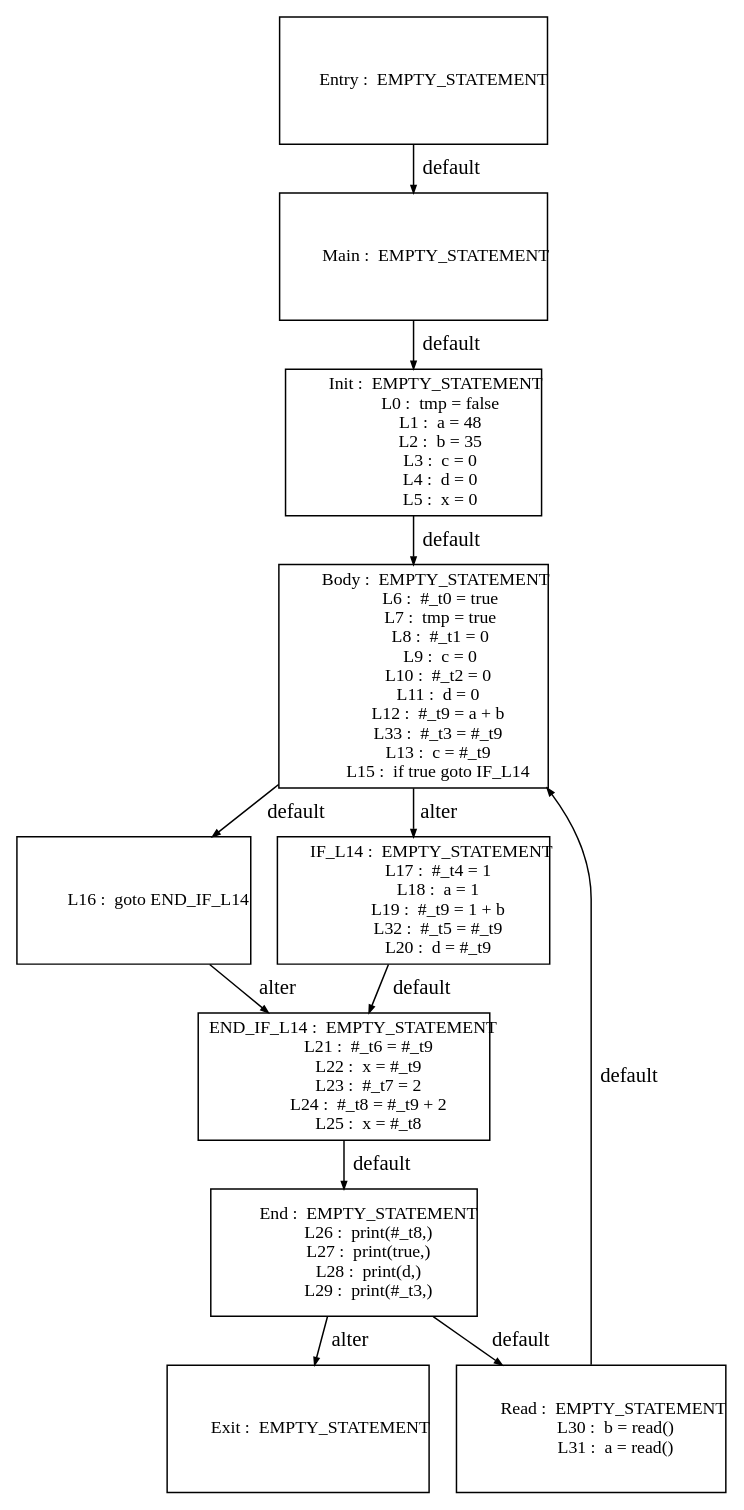
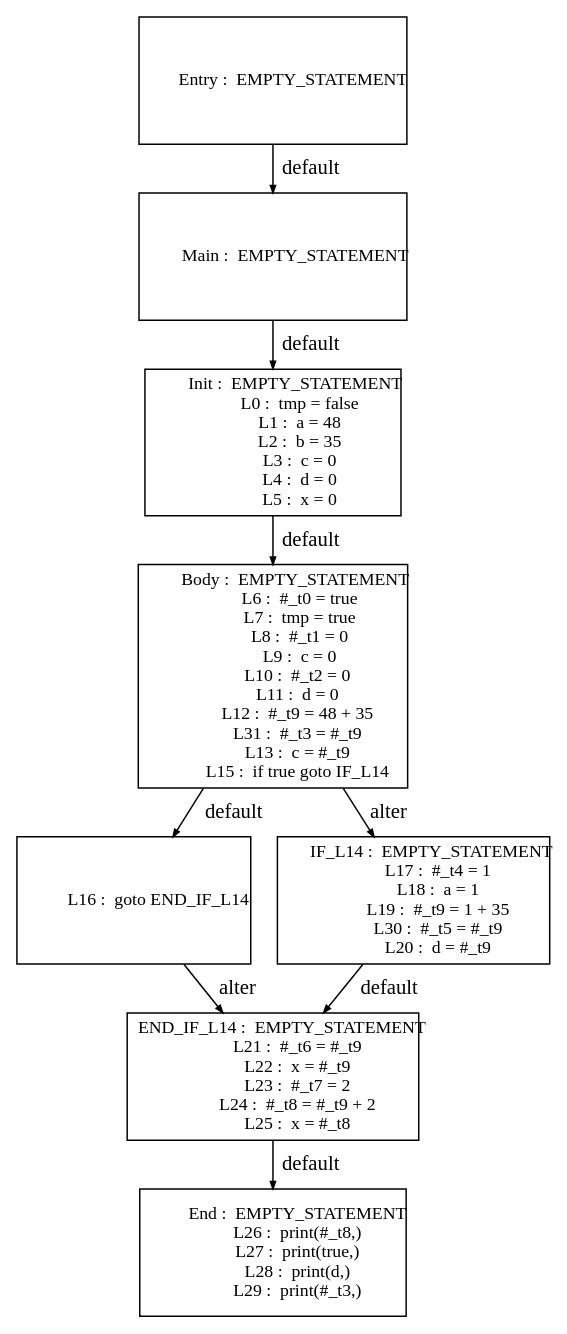
One commit to Geoffrey1014/ST_DSE changed the diagram in tests_programs/dataflow/08_test_output/Graph_CP_0.dot. Above: the diagram before and after it, drawn with Graphviz. The commit also changed 19 other files, not shown here.

```diff
--- a/tests_programs/dataflow/08_test_output/Graph_CP_0.dot
+++ b/tests_programs/dataflow/08_test_output/Graph_CP_0.dot
@@ -1,175 +1,140 @@
 digraph G {
   ranksep=.25;
   edge [arrowsize=.5]
   node [shape=rectangle, fontname="ArialNarrow",
         fontsize=12,  height=1.2];
   "           Main :  EMPTY_STATEMENT
 "; "           Init :  EMPTY_STATEMENT
              L0 :  tmp = false
              L1 :  a = 48
              L2 :  b = 35
              L3 :  c = 0
              L4 :  d = 0
              L5 :  x = 0
 "; "           Body :  EMPTY_STATEMENT
              L6 :  #_t0 = true
              L7 :  tmp = true
              L8 :  #_t1 = 0
              L9 :  c = 0
             L10 :  #_t2 = 0
             L11 :  d = 0
-            L12 :  #_t9 = a + b
-            L33 :  #_t3 = #_t9
+            L12 :  #_t9 = 48 + 35
+            L31 :  #_t3 = #_t9
             L13 :  c = #_t9
             L15 :  if true goto IF_L14
 "; "            L16 :  goto END_IF_L14
 "; "         IF_L14 :  EMPTY_STATEMENT
             L17 :  #_t4 = 1
             L18 :  a = 1
-            L19 :  #_t9 = 1 + b
-            L32 :  #_t5 = #_t9
+            L19 :  #_t9 = 1 + 35
+            L30 :  #_t5 = #_t9
             L20 :  d = #_t9
 "; "     END_IF_L14 :  EMPTY_STATEMENT
             L21 :  #_t6 = #_t9
             L22 :  x = #_t9
             L23 :  #_t7 = 2
             L24 :  #_t8 = #_t9 + 2
             L25 :  x = #_t8
 "; "          Entry :  EMPTY_STATEMENT
 "; "            End :  EMPTY_STATEMENT
             L26 :  print(#_t8,)
             L27 :  print(true,)
             L28 :  print(d,)
             L29 :  print(#_t3,)
-"; "           Exit :  EMPTY_STATEMENT
-"; "           Read :  EMPTY_STATEMENT
-            L30 :  b = read()
-            L31 :  a = read()
 "; 
   "           Main :  EMPTY_STATEMENT
 " -> "           Init :  EMPTY_STATEMENT
              L0 :  tmp = false
              L1 :  a = 48
              L2 :  b = 35
              L3 :  c = 0
              L4 :  d = 0
              L5 :  x = 0
 "  [label="default"];
   "           Init :  EMPTY_STATEMENT
              L0 :  tmp = false
              L1 :  a = 48
              L2 :  b = 35
              L3 :  c = 0
              L4 :  d = 0
              L5 :  x = 0
 " -> "           Body :  EMPTY_STATEMENT
              L6 :  #_t0 = true
              L7 :  tmp = true
              L8 :  #_t1 = 0
              L9 :  c = 0
             L10 :  #_t2 = 0
             L11 :  d = 0
-            L12 :  #_t9 = a + b
-            L33 :  #_t3 = #_t9
+            L12 :  #_t9 = 48 + 35
+            L31 :  #_t3 = #_t9
             L13 :  c = #_t9
             L15 :  if true goto IF_L14
 "  [label="default"];
   "           Body :  EMPTY_STATEMENT
              L6 :  #_t0 = true
              L7 :  tmp = true
              L8 :  #_t1 = 0
              L9 :  c = 0
             L10 :  #_t2 = 0
             L11 :  d = 0
-            L12 :  #_t9 = a + b
-            L33 :  #_t3 = #_t9
+            L12 :  #_t9 = 48 + 35
+            L31 :  #_t3 = #_t9
             L13 :  c = #_t9
             L15 :  if true goto IF_L14
 " -> "            L16 :  goto END_IF_L14
 "  [label="default"];
   "           Body :  EMPTY_STATEMENT
              L6 :  #_t0 = true
              L7 :  tmp = true
              L8 :  #_t1 = 0
              L9 :  c = 0
             L10 :  #_t2 = 0
             L11 :  d = 0
-            L12 :  #_t9 = a + b
-            L33 :  #_t3 = #_t9
+            L12 :  #_t9 = 48 + 35
+            L31 :  #_t3 = #_t9
             L13 :  c = #_t9
             L15 :  if true goto IF_L14
 " -> "         IF_L14 :  EMPTY_STATEMENT
             L17 :  #_t4 = 1
             L18 :  a = 1
-            L19 :  #_t9 = 1 + b
-            L32 :  #_t5 = #_t9
+            L19 :  #_t9 = 1 + 35
+            L30 :  #_t5 = #_t9
             L20 :  d = #_t9
 "  [label="alter"];
   "            L16 :  goto END_IF_L14
 " -> "     END_IF_L14 :  EMPTY_STATEMENT
             L21 :  #_t6 = #_t9
             L22 :  x = #_t9
             L23 :  #_t7 = 2
             L24 :  #_t8 = #_t9 + 2
             L25 :  x = #_t8
 "  [label="alter"];
   "         IF_L14 :  EMPTY_STATEMENT
             L17 :  #_t4 = 1
             L18 :  a = 1
-            L19 :  #_t9 = 1 + b
-            L32 :  #_t5 = #_t9
+            L19 :  #_t9 = 1 + 35
+            L30 :  #_t5 = #_t9
             L20 :  d = #_t9
 " -> "     END_IF_L14 :  EMPTY_STATEMENT
             L21 :  #_t6 = #_t9
             L22 :  x = #_t9
             L23 :  #_t7 = 2
             L24 :  #_t8 = #_t9 + 2
             L25 :  x = #_t8
 "  [label="default"];
   "     END_IF_L14 :  EMPTY_STATEMENT
             L21 :  #_t6 = #_t9
             L22 :  x = #_t9
             L23 :  #_t7 = 2
             L24 :  #_t8 = #_t9 + 2
             L25 :  x = #_t8
 " -> "            End :  EMPTY_STATEMENT
             L26 :  print(#_t8,)
             L27 :  print(true,)
             L28 :  print(d,)
             L29 :  print(#_t3,)
 "  [label="default"];
   "          Entry :  EMPTY_STATEMENT
 " -> "           Main :  EMPTY_STATEMENT
 "  [label="default"];
-  "            End :  EMPTY_STATEMENT
-            L26 :  print(#_t8,)
-            L27 :  print(true,)
-            L28 :  print(d,)
-            L29 :  print(#_t3,)
-" -> "           Read :  EMPTY_STATEMENT
-            L30 :  b = read()
-            L31 :  a = read()
-"  [label="default"];
-  "            End :  EMPTY_STATEMENT
-            L26 :  print(#_t8,)
-            L27 :  print(true,)
-            L28 :  print(d,)
-            L29 :  print(#_t3,)
-" -> "           Exit :  EMPTY_STATEMENT
-"  [label="alter"];
-  "           Read :  EMPTY_STATEMENT
-            L30 :  b = read()
-            L31 :  a = read()
-" -> "           Body :  EMPTY_STATEMENT
-             L6 :  #_t0 = true
-             L7 :  tmp = true
-             L8 :  #_t1 = 0
-             L9 :  c = 0
-            L10 :  #_t2 = 0
-            L11 :  d = 0
-            L12 :  #_t9 = a + b
-            L33 :  #_t3 = #_t9
-            L13 :  c = #_t9
-            L15 :  if true goto IF_L14
-"  [label="default"];
 }
```
